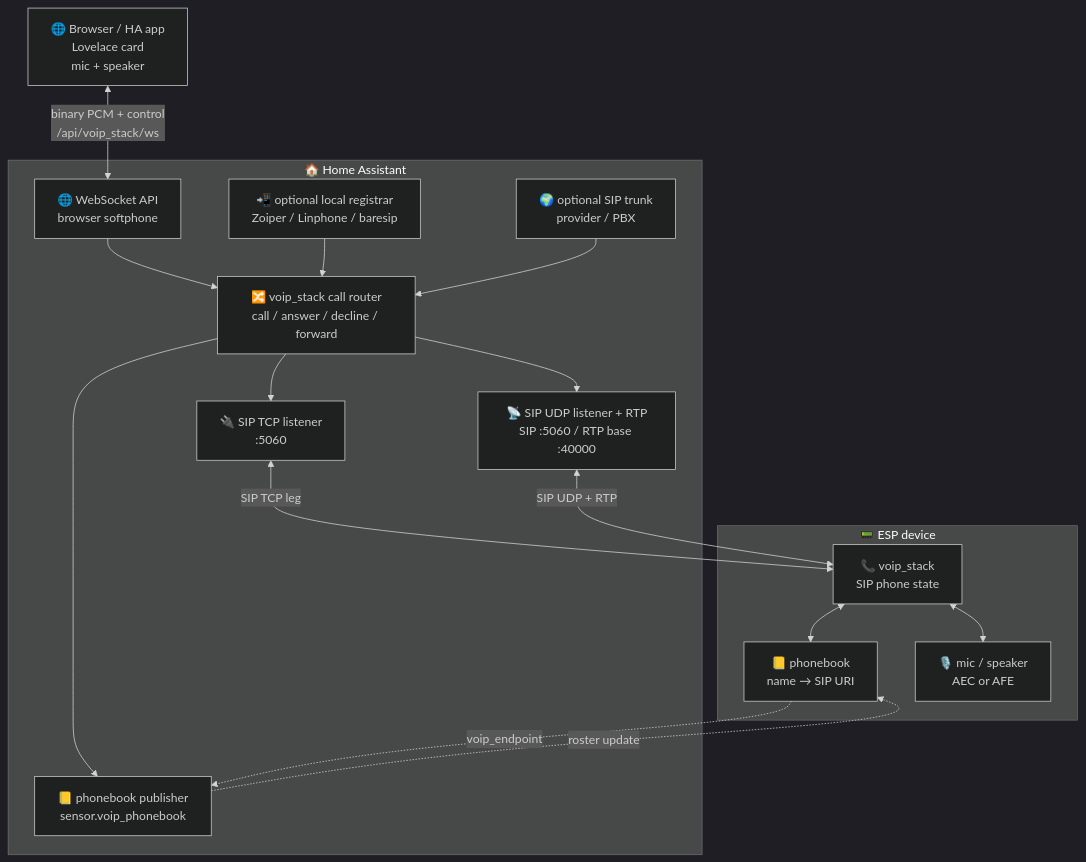
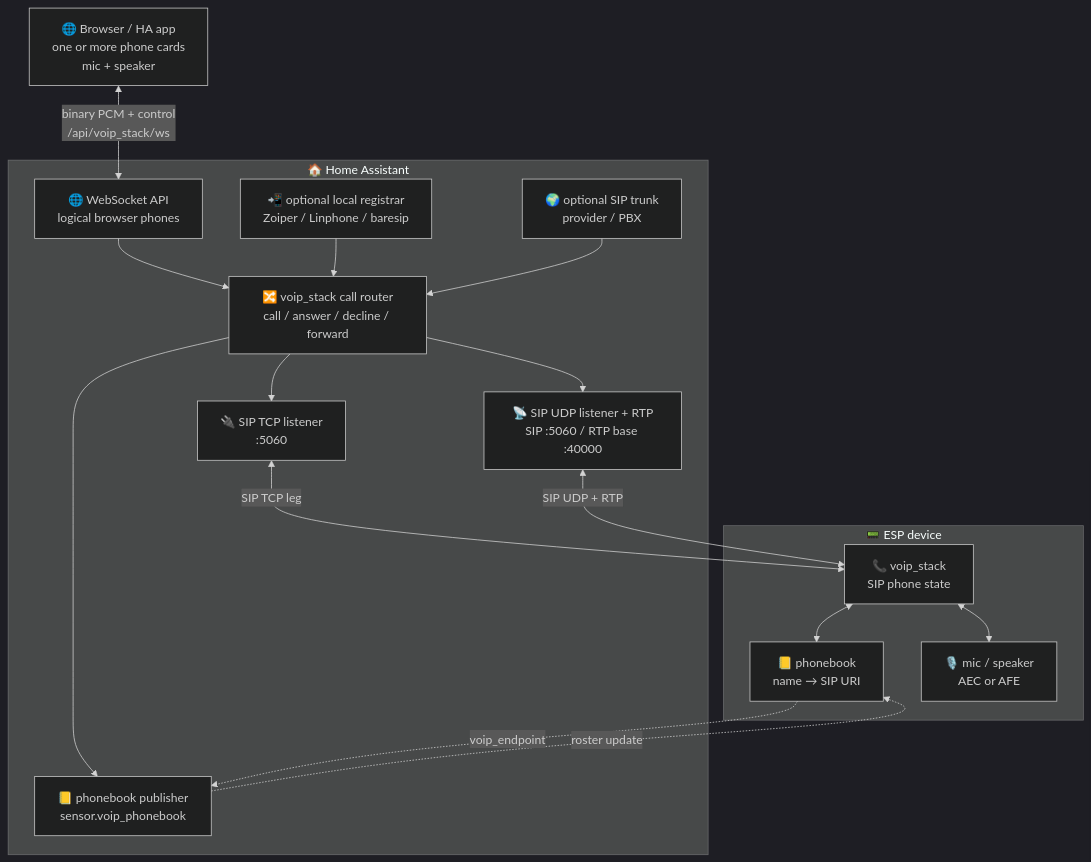
One commit to csfrussa/esphome-intercom changed the first of 6 diagrams in README.md. Above: the diagram before and after it, drawn with Mermaid (dark theme). The commit also changed other lines of this file and 66 other files, not shown here.

````diff
--- a/README.md
+++ b/README.md
@@ -1225,34 +1379,34 @@
 ```mermaid
 flowchart TD
-    Browser["🌐 Browser / HA app<br/>Lovelace card<br/>mic + speaker"]
+    Browser["🌐 Browser / HA app<br/>one or more phone cards<br/>mic + speaker"]
 
     subgraph HA["🏠 Home Assistant"]
-        WS["🌐 WebSocket API<br/>browser softphone"]
+        WS["🌐 WebSocket API<br/>logical browser phones"]
         Router["🔀 voip_stack call router<br/>call / answer / decline / forward"]
         Roster["📒 phonebook publisher<br/>sensor.voip_phonebook"]
         Registrar["📲 optional local registrar<br/>Zoiper / Linphone / baresip"]
         Trunk["🌍 optional SIP trunk<br/>provider / PBX"]
         TCP["🔌 SIP TCP listener<br/>:5060"]
         UDP["📡 SIP UDP listener + RTP<br/>SIP :5060 / RTP base :40000"]
     end
 
     subgraph ESP["📟 ESP device"]
         FSM["📞 voip_stack<br/>SIP phone state"]
         Book["📒 phonebook<br/>name → SIP URI"]
         Audio["🎙️ mic / speaker<br/>AEC or AFE"]
     end
 
     Browser <-->|"binary PCM + control<br/>/api/voip_stack/ws"| WS
     WS --> Router
     Registrar --> Router
     Trunk --> Router
     Router --> TCP
     Router --> UDP
     Router --> Roster
     Book -. "voip_endpoint" .-> Roster
     Roster -. "roster update" .-> Book
     TCP <-->|"SIP TCP leg"| FSM
     UDP <-->|"SIP UDP + RTP"| FSM
     FSM <--> Book
     FSM <--> Audio
 ```
````
